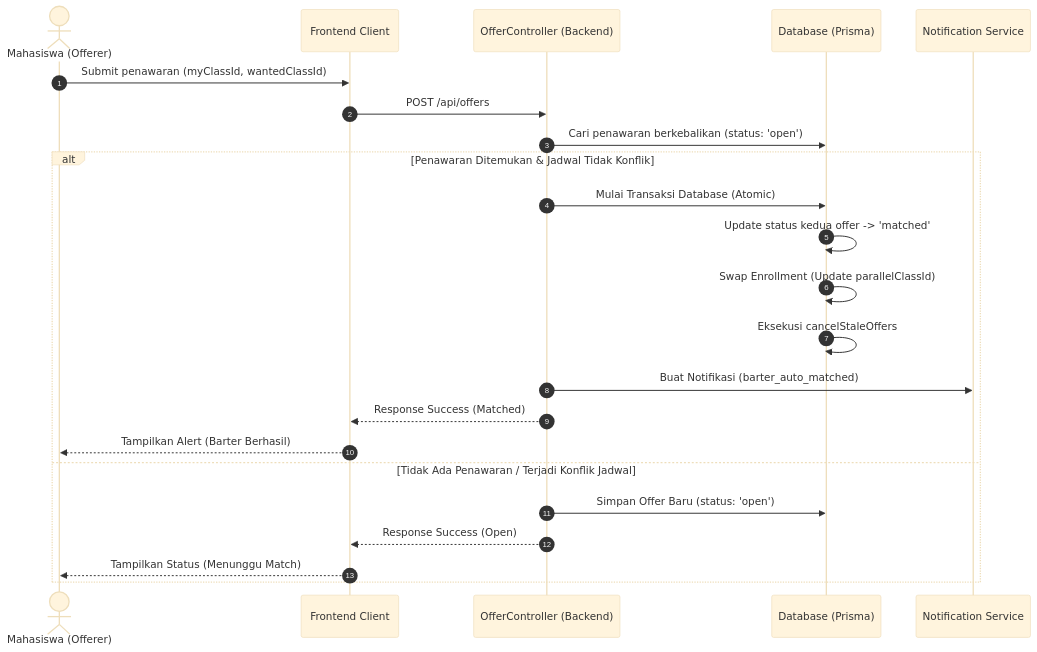
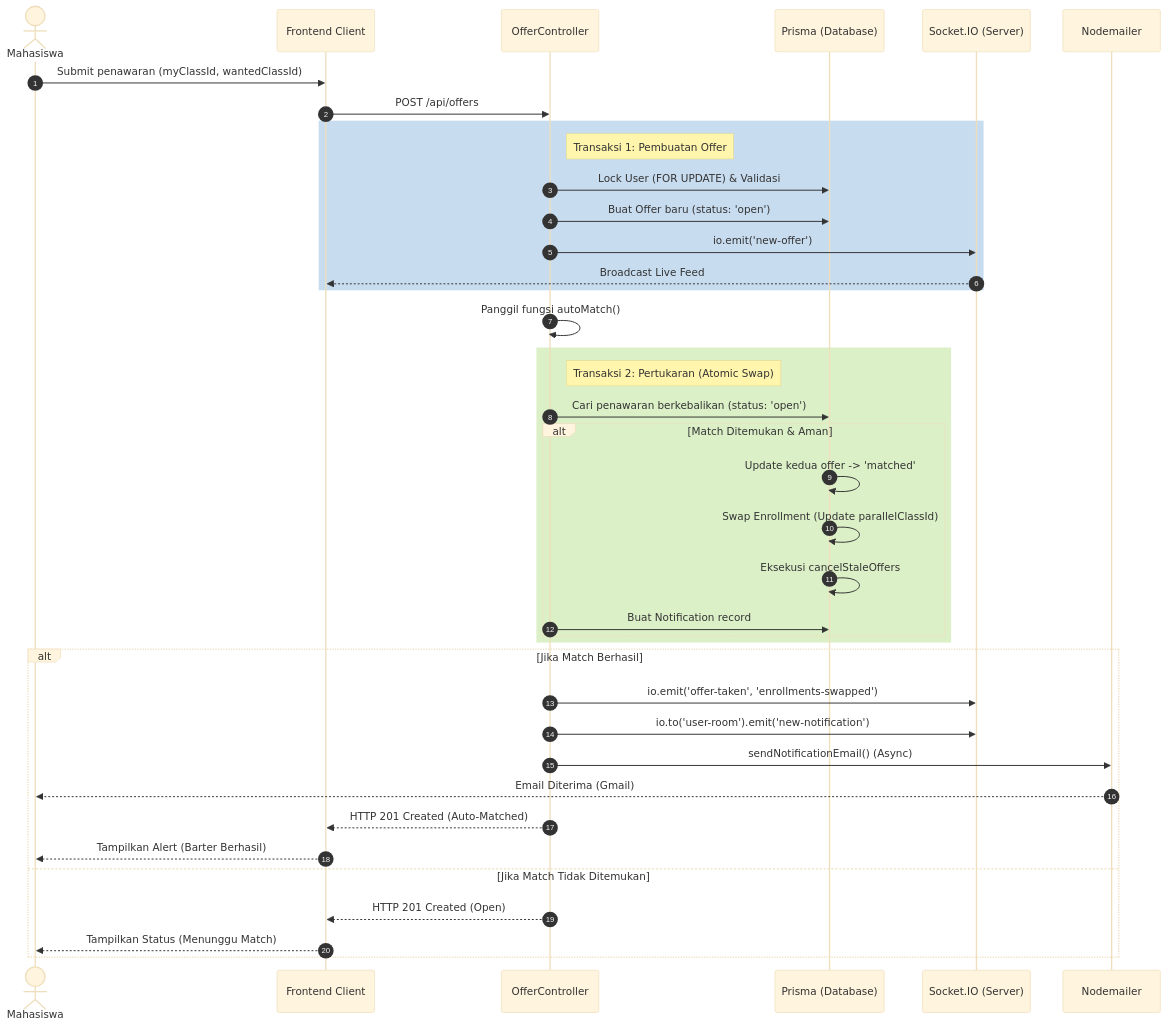
One commit to gimigkk/KRSwitch-backend changed the fourth of 4 diagrams in laporan_akhir_bab_3_barter.md. Above: the diagram before and after it, drawn with Mermaid (base theme). The commit also changed other lines of this file, not shown here.

````diff
--- a/laporan_akhir_bab_3_barter.md
+++ b/laporan_akhir_bab_3_barter.md
@@ -146,27 +165,46 @@
 ```mermaid
 sequenceDiagram
     autonumber
-    actor M as Mahasiswa (Offerer)
+    actor M as Mahasiswa
     participant F as Frontend Client
-    participant C as OfferController (Backend)
-    participant DB as Database (Prisma)
-    participant N as Notification Service
+    participant C as OfferController
+    participant DB as Prisma (Database)
+    participant WS as Socket.IO (Server)
+    participant Mail as Nodemailer
 
     M->>F: Submit penawaran (myClassId, wantedClassId)
     F->>C: POST /api/offers
-    C->>DB: Cari penawaran berkebalikan (status: 'open')
     
-    alt Penawaran Ditemukan & Jadwal Tidak Konflik
-        C->>DB: Mulai Transaksi Database (Atomic)
-        DB->>DB: Update status kedua offer -> 'matched'
-        DB->>DB: Swap Enrollment (Update parallelClassId)
-        DB->>DB: Eksekusi cancelStaleOffers
-        C->>N: Buat Notifikasi (barter_auto_matched)
-        C-->>F: Response Success (Matched)
+    rect rgb(200, 220, 240)
+        Note right of C: Transaksi 1: Pembuatan Offer
+        C->>DB: Lock User (FOR UPDATE) & Validasi
+        C->>DB: Buat Offer baru (status: 'open')
+        C->>WS: io.emit('new-offer')
+        WS-->>F: Broadcast Live Feed
+    end
+    
+    C->>C: Panggil fungsi autoMatch()
+    
+    rect rgb(220, 240, 200)
+        Note right of C: Transaksi 2: Pertukaran (Atomic Swap)
+        C->>DB: Cari penawaran berkebalikan (status: 'open')
+        alt Match Ditemukan & Aman
+            DB->>DB: Update kedua offer -> 'matched'
+            DB->>DB: Swap Enrollment (Update parallelClassId)
+            DB->>DB: Eksekusi cancelStaleOffers
+            C->>DB: Buat Notification record
+        end
+    end
+    
+    alt Jika Match Berhasil
+        C->>WS: io.emit('offer-taken', 'enrollments-swapped')
+        C->>WS: io.to('user-room').emit('new-notification')
+        C->>Mail: sendNotificationEmail() (Async)
+        Mail-->>M: Email Diterima (Gmail)
+        C-->>F: HTTP 201 Created (Auto-Matched)
         F-->>M: Tampilkan Alert (Barter Berhasil)
-    else Tidak Ada Penawaran / Terjadi Konflik Jadwal
-        C->>DB: Simpan Offer Baru (status: 'open')
-        C-->>F: Response Success (Open)
+    else Jika Match Tidak Ditemukan
+        C-->>F: HTTP 201 Created (Open)
         F-->>M: Tampilkan Status (Menunggu Match)
     end
 ```
````
